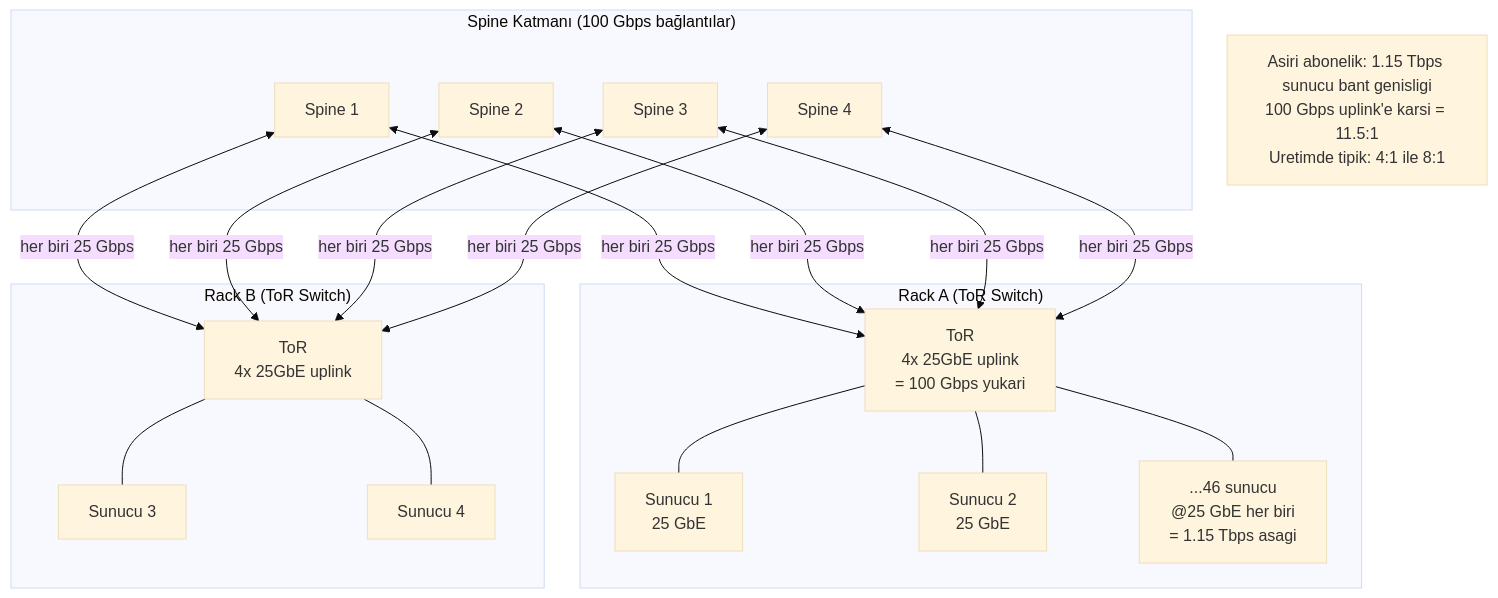
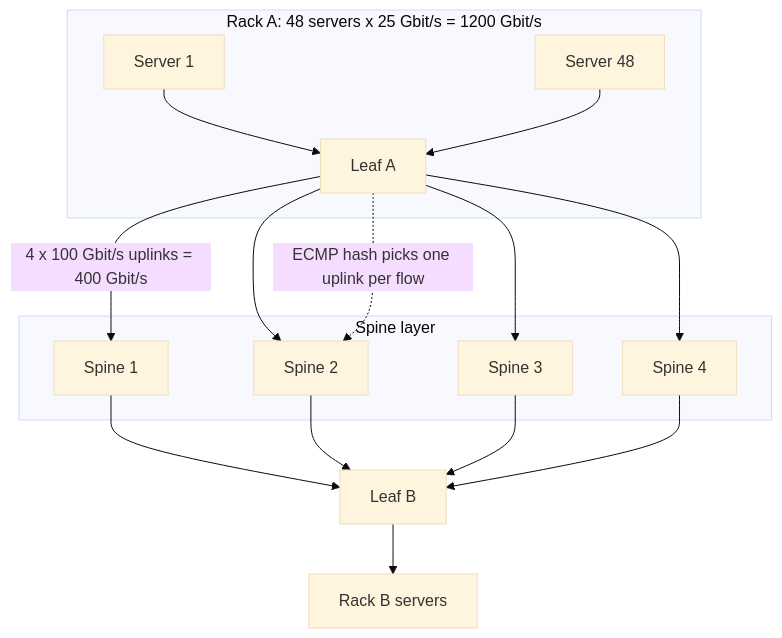
Before and after one commit to gorkemsari/distributed-systems: the third of 6 diagrams in src/content/docs/tr/foundations/monoliths-to-distributed/network-reliability.mdx, drawn with Mermaid (base theme). The commit also changed other lines of this file and 3 other files, not shown here.

````diff
--- a/src/content/docs/tr/foundations/monoliths-to-distributed/network-reliability.mdx
+++ b/src/content/docs/tr/foundations/monoliths-to-distributed/network-reliability.mdx
@@ -103,27 +79,21 @@
 ```mermaid
-flowchart TD
-    subgraph Spine["Spine Katmanı (100 Gbps bağlantılar)"]
-        S1[Spine 1]
-        S2[Spine 2]
-        S3[Spine 3]
-        S4[Spine 4]
+flowchart TB
+    subgraph SPINE["Spine layer"]
+        S1["Spine 1"]
+        S2["Spine 2"]
+        S3["Spine 3"]
+        S4["Spine 4"]
     end
-    subgraph Leaf1["Rack A (ToR Switch)"]
-        L1[ToR\n4x 25GbE uplink\n= 100 Gbps yukari]
-        H1[Sunucu 1\n25 GbE]
-        H2[Sunucu 2\n25 GbE]
-        H3["...46 sunucu\n@25 GbE her biri\n= 1.15 Tbps asagi"]
+    subgraph RACK["Rack A: 48 servers x 25 Gbit/s = 1200 Gbit/s"]
+        L1["Leaf A"]
+        H1["Server 1"] --> L1
+        H2["Server 48"] --> L1
     end
-    subgraph Leaf2["Rack B (ToR Switch)"]
-        L2[ToR\n4x 25GbE uplink]
-        H4[Sunucu 3]
-        H5[Sunucu 4]
-    end
- 
-    S1 & S2 & S3 & S4 <-->|her biri 25 Gbps| L1
-    S1 & S2 & S3 & S4 <-->|her biri 25 Gbps| L2
-    L1 --- H1 & H2 & H3
-    L2 --- H4 & H5
- 
-    note["Asiri abonelik: 1.15 Tbps sunucu bant genisligi\n100 Gbps uplink'e karsi = 11.5:1\nUretimde tipik: 4:1 ile 8:1"]
+    L1 -->|"4 x 100 Gbit/s uplinks = 400 Gbit/s"| S1
+    L1 --> S2
+    L1 --> S3
+    L1 --> S4
+    S1 & S2 & S3 & S4 --> L2["Leaf B"]
+    L2 --> RB["Rack B servers"]
+    L1 -.->|"ECMP hash picks one uplink per flow"| S2
 ```
````
